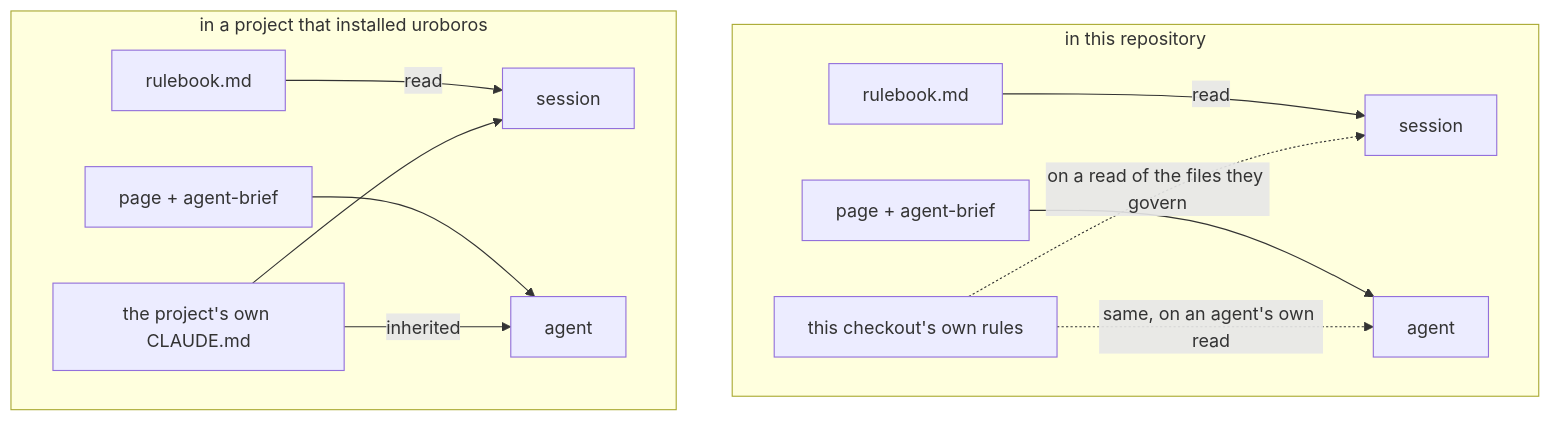
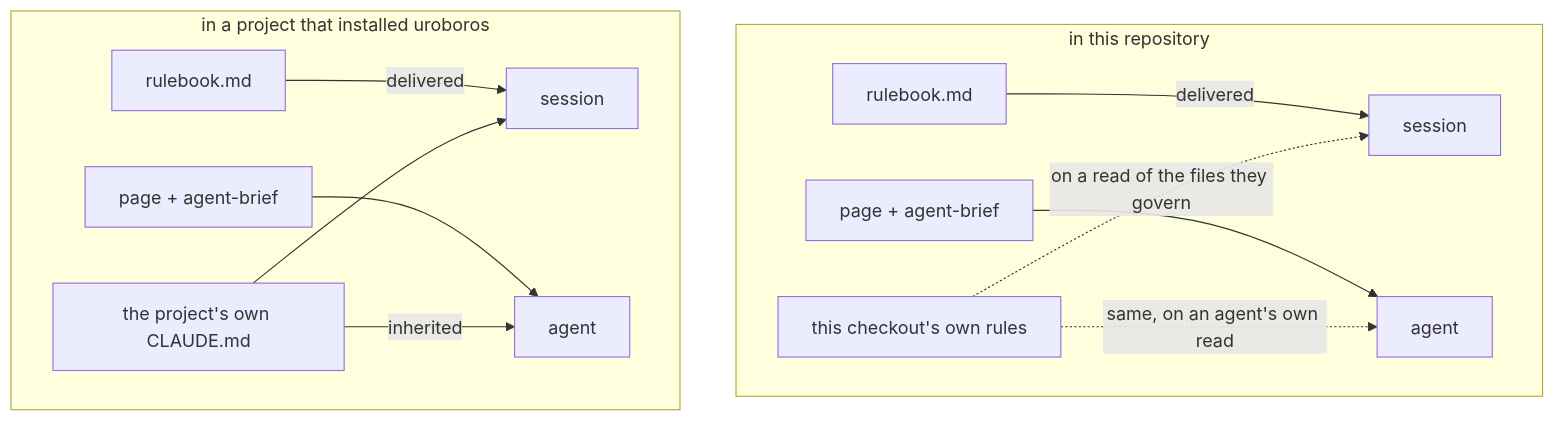
Before and after one commit to artkoenig/athena: the fourth of 4 diagrams in README.md, drawn with Mermaid. The commit also changed other lines of this file and 4 other files, not shown here.

````diff
--- a/README.md
+++ b/README.md
@@ -200,17 +204,17 @@
 ```mermaid
 flowchart TB
     subgraph HERE["in this repository"]
         direction LR
-        H1["rulebook.md"] -->|"read"| HS["session"]
+        H1["rulebook.md"] -->|"delivered"| HS["session"]
         H2["page + agent-brief"] --> HA["agent"]
         H3["this checkout's own rules"] -. "on a read of the files they govern" .-> HS
         H3 -. "same, on an agent's own read" .-> HA
     end
     subgraph THERE["in a project that installed uroboros"]
         direction LR
-        T1["rulebook.md"] -->|"read"| TS["session"]
+        T1["rulebook.md"] -->|"delivered"| TS["session"]
         T2["page + agent-brief"] --> TA["agent"]
         T3["the project's own CLAUDE.md"] --> TS
         T3 -->|"inherited"| TA
     end
 ```
````
